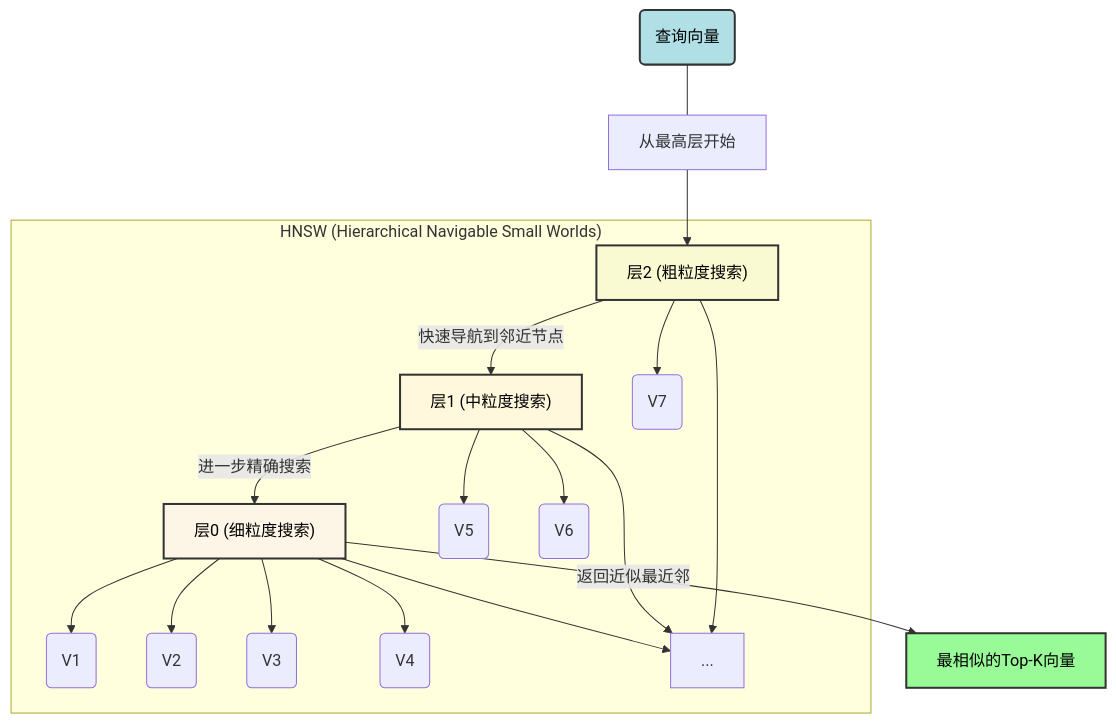
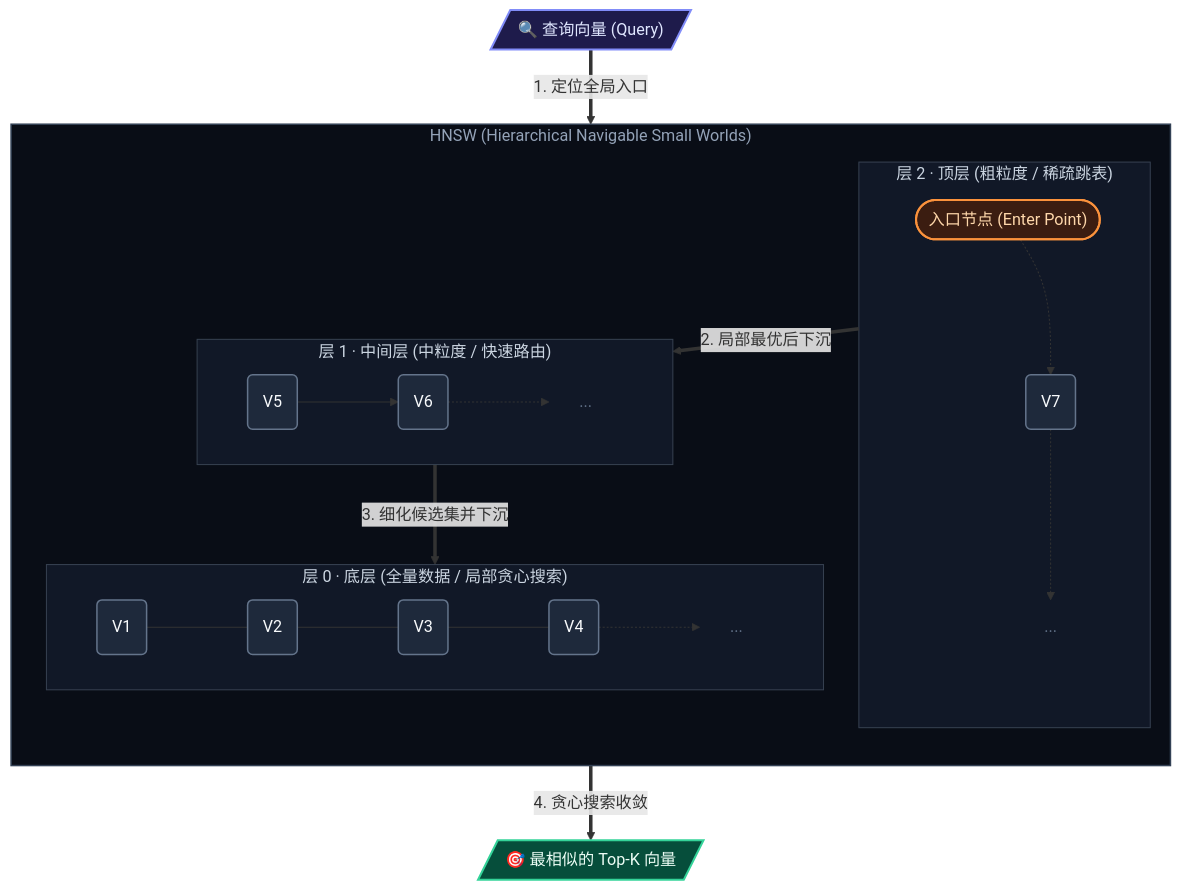
One commit to teatang/t-blog changed the diagram in source/_posts/2025/2025-05-03_向量数据库 (Vector Database) 详解.md. Above: the diagram before and after it, drawn with Mermaid. The commit also changed other lines of this file and 7 other files, not shown here.

```diff
--- a/source/_posts/2025/2025-05-03_向量数据库 (Vector Database) 详解.md
+++ b/source/_posts/2025/2025-05-03_向量数据库 (Vector Database) 详解.md
@@ -136,28 +144,48 @@
 {% mermaid %}
-graph TD
-    subgraph "HNSW (Hierarchical Navigable Small Worlds)"
-        L0["层0 (细粒度搜索)"] --> N0_1(V1)
-        L0 --> N0_2(V2)
-        L0 --> N0_3(V3)
-        L0 --> N0_4(V4)
-        L0 --> ...
-      
-        L1["层1 (中粒度搜索)"] --> N1_1(V5)
-        L1 --> N1_2(V6)
-        L1 --> ...
-      
-        L2["层2 (粗粒度搜索)"] --> N2_1(V7)
-        L2 --> ...
+flowchart TD
+    subgraph HNSW ["HNSW (Hierarchical Navigable Small Worlds)"]
+        direction TB
+        
+        subgraph Layer2 ["层 2 · 顶层 (粗粒度 / 稀疏跳表)"]
+            L2_entry(["入口节点 (Enter Point)"]):::highlightNode
+            L2_n1("V7"):::nodeStyle
+            L2_dots["..."]:::ghostNode
+            L2_entry -.-> L2_n1 -.-> L2_dots
+        end
+
+        subgraph Layer1 ["层 1 · 中间层 (中粒度 / 快速路由)"]
+            L1_n1("V5"):::nodeStyle
+            L1_n2("V6"):::nodeStyle
+            L1_dots["..."]:::ghostNode
+            L1_n1 --> L1_n2 -.-> L1_dots
+        end
+
+        subgraph Layer0 ["层 0 · 底层 (全量数据 / 局部贪心搜索)"]
+            L0_n1("V1"):::nodeStyle
+            L0_n2("V2"):::nodeStyle
+            L0_n3("V3"):::nodeStyle
+            L0_n4("V4"):::nodeStyle
+            L0_dots["..."]:::ghostNode
+            L0_n1 --- L0_n2 --- L0_n3 --- L0_n4 -.-> L0_dots
+        end
     end
 
-    Query(查询向量) --- 从最高层开始 --> L2
-    L2 -- 快速导航到邻近节点 --> L1
-    L1 -- 进一步精确搜索 --> L0
-    L0 -- 返回近似最近邻 --> Result[最相似的Top-K向量]
+    Query[/"🔍 查询向量 (Query)"/]:::queryNode
+    Result[/"🎯 最相似的 Top-K 向量"/]:::resultNode
 
-    style L0 fill:#FDF5E6,stroke:#333,stroke-width:2px,color:#000
-    style L1 fill:#FFF8DC,stroke:#333,stroke-width:2px,color:#000
-    style L2 fill:#FAFAD2,stroke:#333,stroke-width:2px,color:#000
-    style Query fill:#B0E0E6,stroke:#333,stroke-width:2px,color:#000
-    style Result fill:#98FB98,stroke:#333,stroke-width:2px,color:#000
+    Query ==>|"1. 定位全局入口"| L2_entry
+    Layer2 ==>|"2. 局部最优后下沉"| Layer1
+    Layer1 ==>|"3. 细化候选集并下沉"| Layer0
+    Layer0 ==>|"4. 贪心搜索收敛"| Result
+
+    classDef queryNode fill:#1e1b4b,stroke:#818cf8,stroke-width:2px,color:#e0e7ff;
+    classDef resultNode fill:#064e3b,stroke:#34d399,stroke-width:2px,color:#ecfdf5;
+    classDef highlightNode fill:#3b1d11,stroke:#fb923c,stroke-width:2px,color:#fed7aa;
+    classDef nodeStyle fill:#1e293b,stroke:#64748b,stroke-width:1.5px,color:#f8fafc;
+    classDef ghostNode fill:transparent,stroke:none,color:#64748b;
+    
+    style HNSW fill:#090d16,stroke:#334155,stroke-width:1.5px,color:#94a3b8;
+    style Layer2 fill:#111827,stroke:#374151,stroke-width:1px,color:#cbd5e1;
+    style Layer1 fill:#111827,stroke:#374151,stroke-width:1px,color:#cbd5e1;
+    style Layer0 fill:#111827,stroke:#374151,stroke-width:1px,color:#cbd5e1;
 {% endmermaid %}
```
